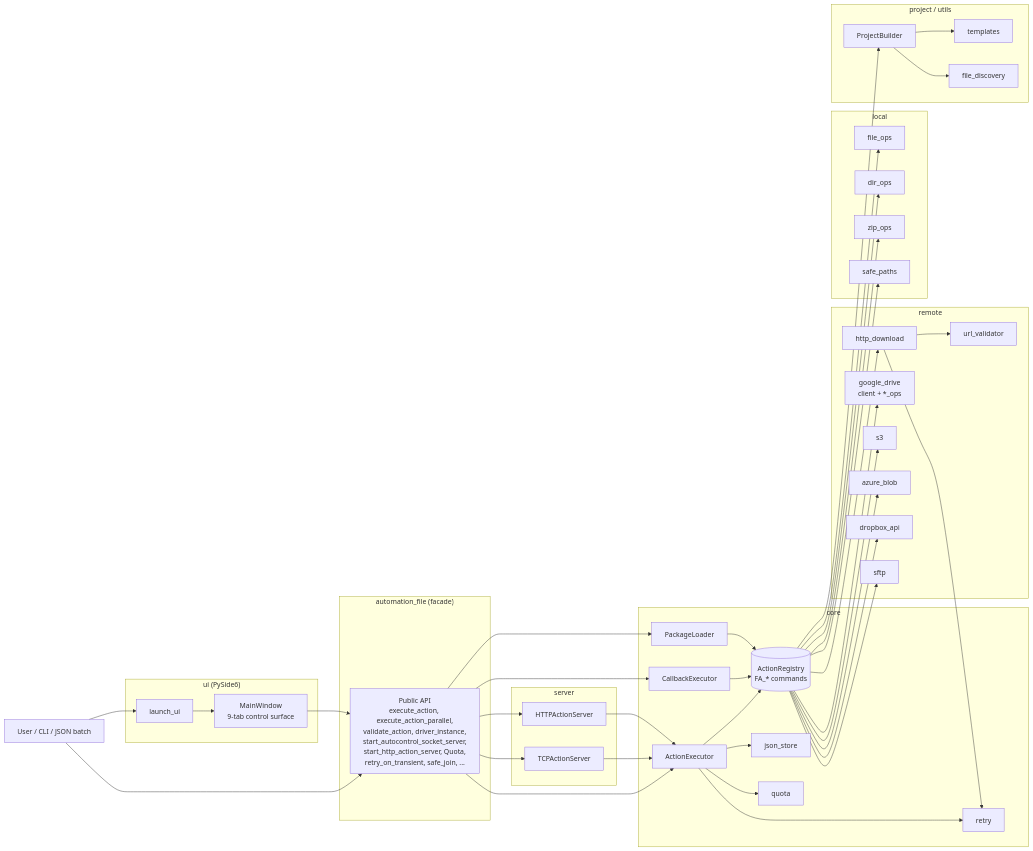
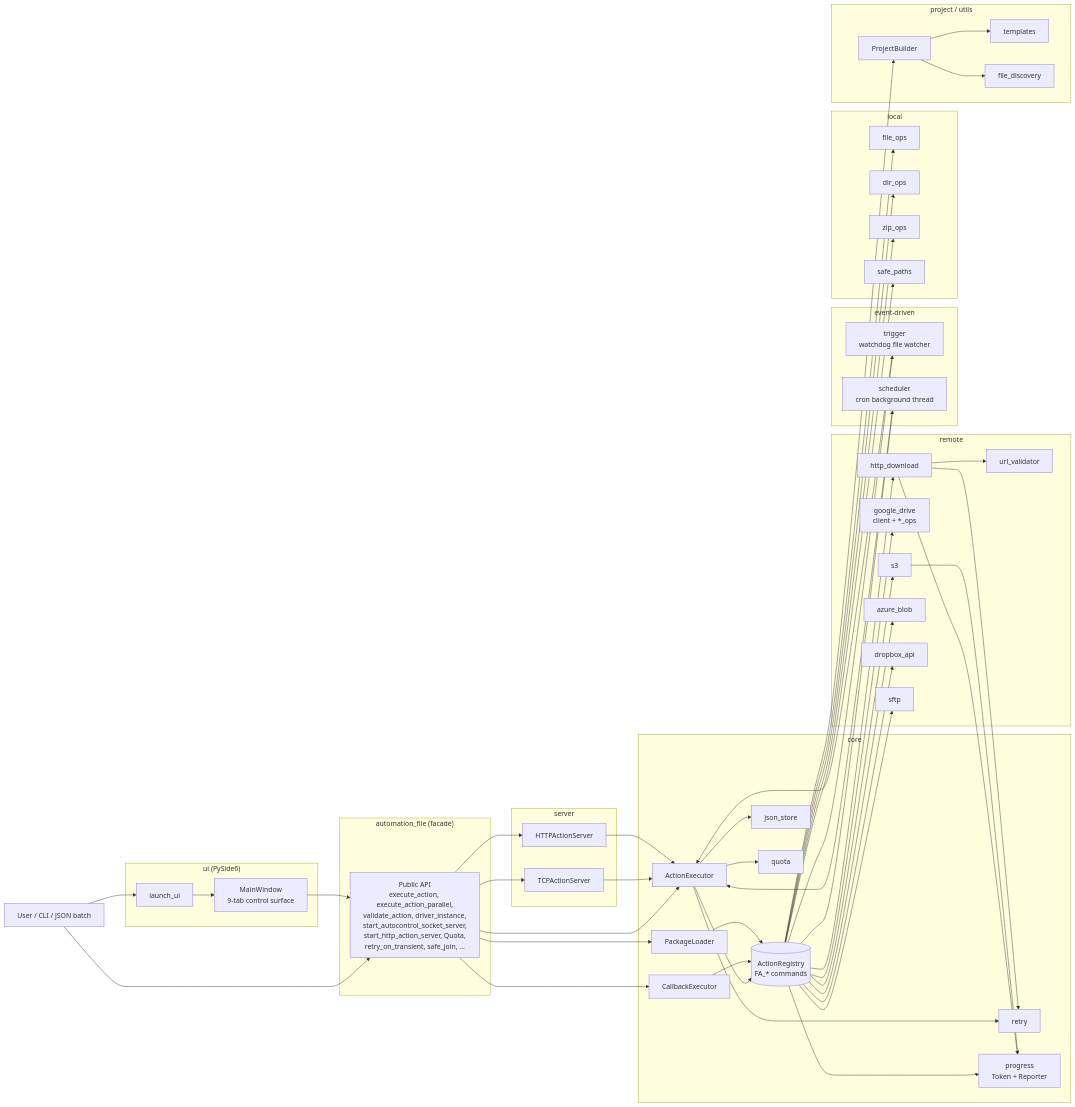
The diagram in README.md (Integration-Automation/FileAutomation), drawn with Mermaid before and after one commit. The commit also changed other lines of this file and 7 other files, not shown here.

Commit message:
Document triggers, scheduler, and progress features

```diff
--- a/README.md
+++ b/README.md
@@ -36,6 +39,12 @@
         Json[json_store]
         Retry[retry]
         QuotaMod[quota]
+        Progress[progress<br/>Token + Reporter]
+    end
+
+    subgraph Events["event-driven"]
+        TriggerMod["trigger<br/>watchdog file watcher"]
+        SchedulerMod["scheduler<br/>cron background thread"]
     end
 
     subgraph Local["local"]
@@ -101,6 +110,14 @@
     Registry --> Dropbox
     Registry --> SFTP
     Registry --> Builder
+    Registry --> TriggerMod
+    Registry --> SchedulerMod
+    Registry --> Progress
+
+    TriggerMod --> Executor
+    SchedulerMod --> Executor
+    Http --> Progress
+    S3 --> Progress
 
     Http --> UrlVal
     Http --> Retry
```
